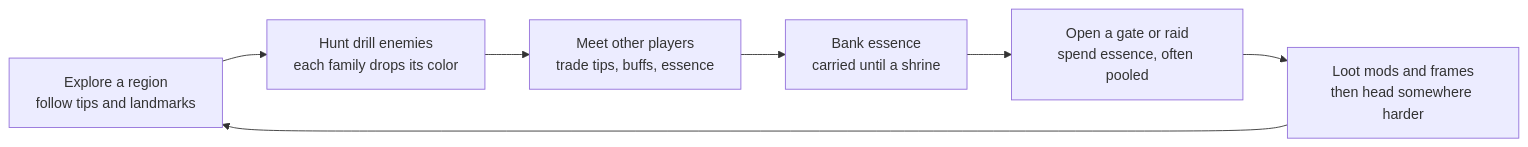
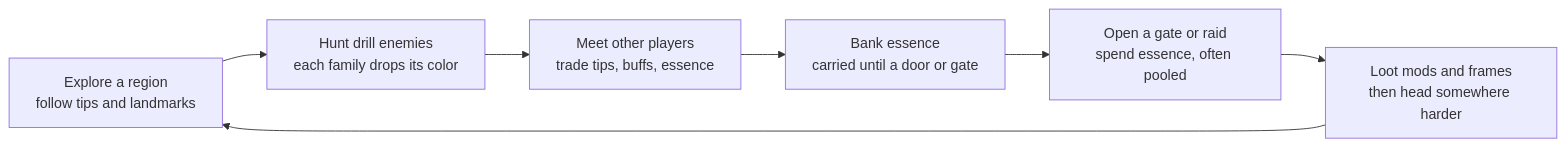
The first of 3 diagrams in Docs/GameDesignDocument.md (nvmsocool/FriendlyPersonShooter), drawn with Mermaid before and after one commit. The commit also changed other lines of this file and 12 other files, not shown here.

First line of the commit message:
Bank at the raid door and gates; lock banking 60s after reset

````diff
--- a/Docs/GameDesignDocument.md
+++ b/Docs/GameDesignDocument.md
@@ -30,9 +30,9 @@
 ```mermaid
 flowchart LR
     A["Explore a region<br/>follow tips and landmarks"] --> B["Hunt drill enemies<br/>each family drops its color"]
     B --> C["Meet other players<br/>trade tips, buffs, essence"]
-    C --> D["Bank essence<br/>carried until a shrine"]
+    C --> D["Bank essence<br/>carried until a door or gate"]
     D --> E["Open a gate or raid<br/>spend essence, often pooled"]
     E --> F["Loot mods and frames<br/>then head somewhere harder"]
     F --> A
 ```
````
